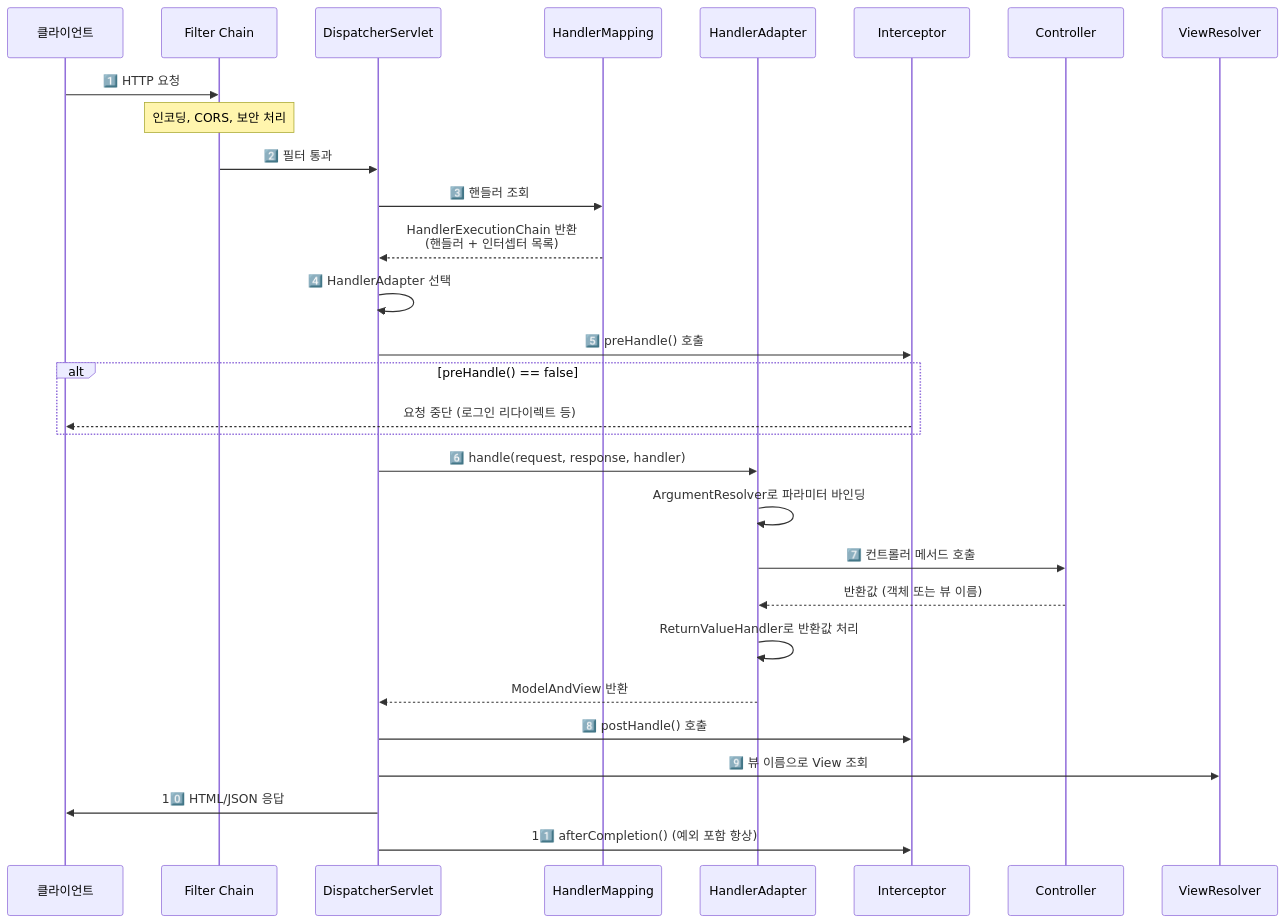
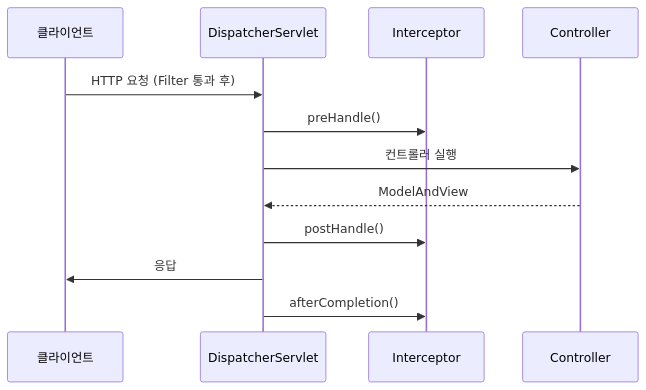
One commit to yjkim2015/yjkim2015.github.io changed the third of 14 diagrams in _posts/spring/2026-05-02-spring-mvc-deep.md. Above: the diagram before and after it, drawn with Mermaid. The commit also changed other lines of this file and 215 other files, not shown here.

First line of the commit message:
신규 포스트 10개 추가 + Mermaid 전면 축소 + SystemDesign 시리즈 보강

````diff
--- a/_posts/spring/2026-05-02-spring-mvc-deep.md
+++ b/_posts/spring/2026-05-02-spring-mvc-deep.md
@@ -154,32 +127,14 @@
 ```mermaid
 sequenceDiagram
     participant B as 클라이언트
-    participant F as Filter Chain
     participant DS as DispatcherServlet
-    participant HM as HandlerMapping
-    participant HA as HandlerAdapter
     participant I as Interceptor
     participant C as Controller
-    participant VR as ViewResolver
-
-    B->>F: 1️⃣ HTTP 요청
-    Note over F: 인코딩, CORS, 보안 처리
-    F->>DS: 2️⃣ 필터 통과
-    DS->>HM: 3️⃣ 핸들러 조회
-    HM-->>DS: HandlerExecutionChain 반환<br>(핸들러 + 인터셉터 목록)
-    DS->>DS: 4️⃣ HandlerAdapter 선택
-    DS->>I: 5️⃣ preHandle() 호출
-    alt preHandle() == false
-        I-->>B: 요청 중단 (로그인 리다이렉트 등)
-    end
-    DS->>HA: 6️⃣ handle(request, response, handler)
-    HA->>HA: ArgumentResolver로 파라미터 바인딩
-    HA->>C: 7️⃣ 컨트롤러 메서드 호출
-    C-->>HA: 반환값 (객체 또는 뷰 이름)
-    HA->>HA: ReturnValueHandler로 반환값 처리
-    HA-->>DS: ModelAndView 반환
-    DS->>I: 8️⃣ postHandle() 호출
-    DS->>VR: 9️⃣ 뷰 이름으로 View 조회
-    DS->>B: 10️⃣ HTML/JSON 응답
-    DS->>I: 11️⃣ afterCompletion() (예외 포함 항상)
+    B->>DS: HTTP 요청 (Filter 통과 후)
+    DS->>I: preHandle()
+    DS->>C: 컨트롤러 실행
+    C-->>DS: ModelAndView
+    DS->>I: postHandle()
+    DS->>B: 응답
+    DS->>I: afterCompletion()
 ```
````
